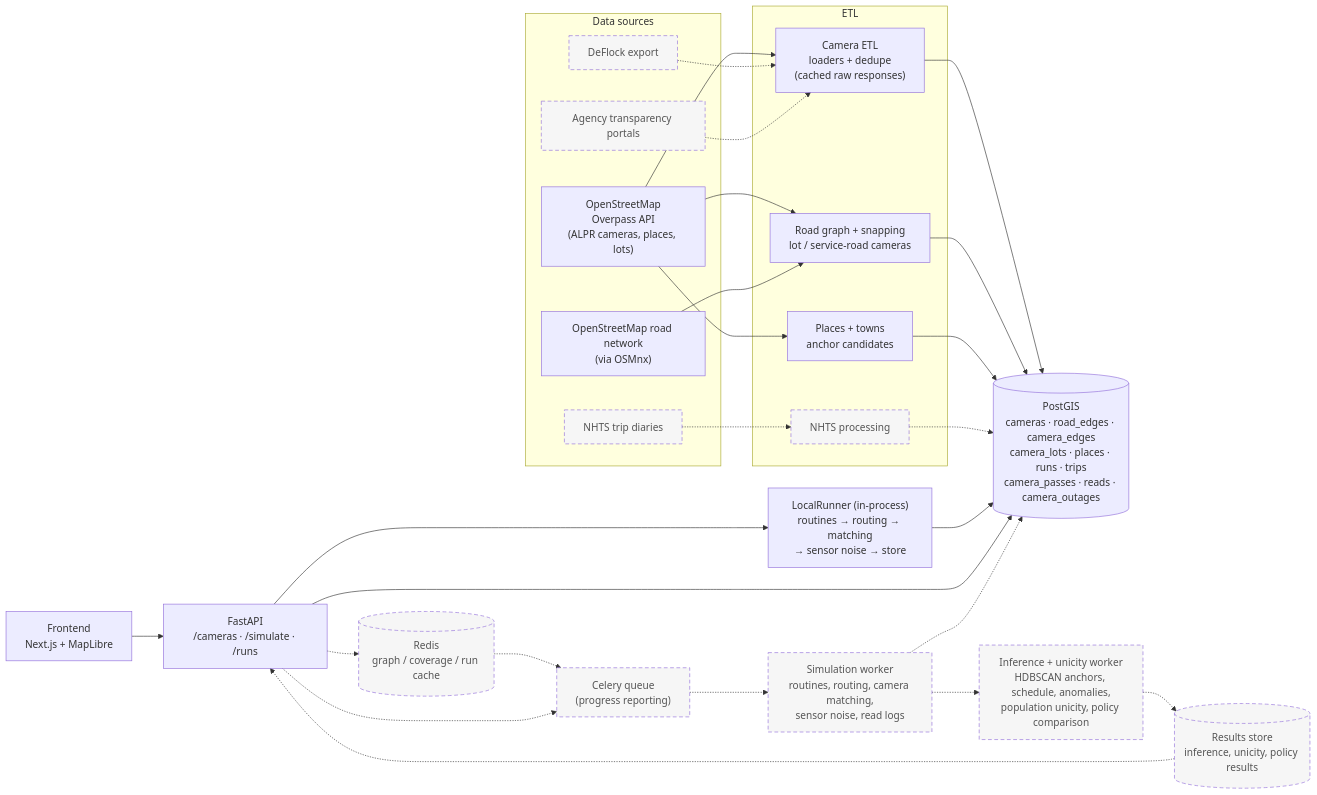
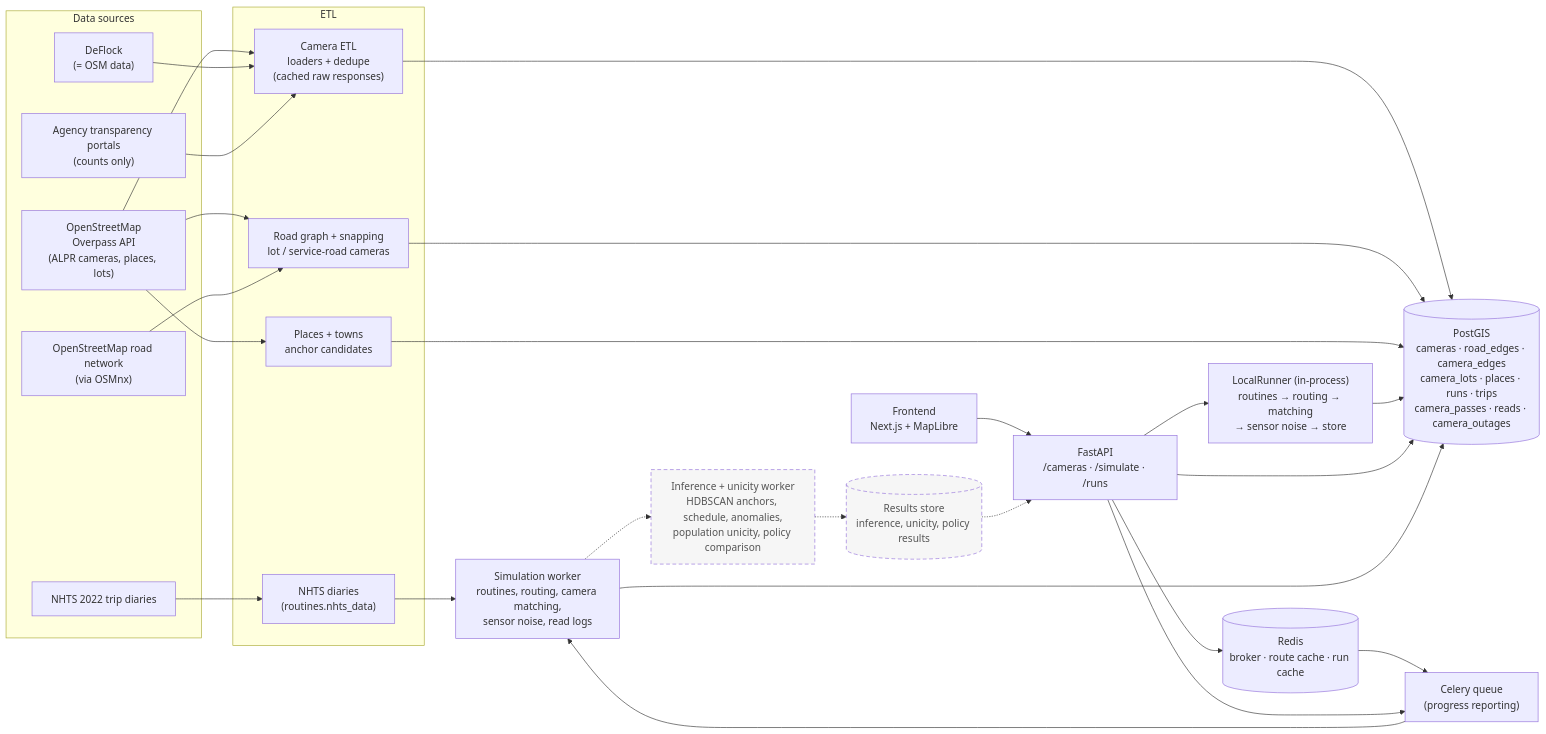
The diagram in docs/architecture.md (RyanPurakal/plate-trail), drawn with Mermaid before and after one commit. The commit also changed other lines of this file and 15 other files, not shown here.

First line of the commit message:
Step C: Celery queue with progress, Redis route and run cache

````diff
--- a/docs/architecture.md
+++ b/docs/architecture.md
@@ -9,59 +7,59 @@
 ```mermaid
 flowchart LR
     %% ---------- sources ----------
     subgraph sources["Data sources"]
         OSM["OpenStreetMap<br/>Overpass API<br/>(ALPR cameras, places, lots)"]
         OSMNX["OpenStreetMap road network<br/>(via OSMnx)"]
-        DEFLOCK["DeFlock export"]:::planned
-        AGENCY["Agency transparency portals"]:::planned
-        NHTS["NHTS trip diaries"]:::planned
+        DEFLOCK["DeFlock<br/>(= OSM data)"]
+        AGENCY["Agency transparency portals<br/>(counts only)"]
+        NHTS["NHTS 2022 trip diaries"]
     end
 
     %% ---------- ETL ----------
     subgraph etl["ETL"]
         CAMETL["Camera ETL<br/>loaders + dedupe<br/>(cached raw responses)"]
         ROADS["Road graph + snapping<br/>lot / service-road cameras"]
         PLACES["Places + towns<br/>anchor candidates"]
-        NHTSETL["NHTS processing"]:::planned
+        NHTSETL["NHTS diaries<br/>(routines.nhts_data)"]
     end
 
     DB[("PostGIS<br/>cameras · road_edges · camera_edges<br/>camera_lots · places · runs · trips<br/>camera_passes · reads · camera_outages")]
 
     %% ---------- app ----------
     FE["Frontend<br/>Next.js + MapLibre"]
     API["FastAPI<br/>/cameras · /simulate · /runs"]
     LOCAL["LocalRunner (in-process)<br/>routines → routing → matching<br/>→ sensor noise → store"]
-    REDIS[("Redis<br/>graph / coverage / run cache")]:::planned
-    QUEUE["Celery queue<br/>(progress reporting)"]:::planned
-    SIMW["Simulation worker<br/>routines, routing, camera matching,<br/>sensor noise, read logs"]:::planned
+    REDIS[("Redis<br/>broker · route cache · run cache")]
+    QUEUE["Celery queue<br/>(progress reporting)"]
+    SIMW["Simulation worker<br/>routines, routing, camera matching,<br/>sensor noise, read logs"]
     INFW["Inference + unicity worker<br/>HDBSCAN anchors, schedule, anomalies,<br/>population unicity, policy comparison"]:::planned
     RESULTS[("Results store<br/>inference, unicity, policy results")]:::planned
 
     OSM --> CAMETL
     OSM --> PLACES
     OSM --> ROADS
     OSMNX --> ROADS
-    DEFLOCK -.-> CAMETL
-    AGENCY -.-> CAMETL
-    NHTS -.-> NHTSETL
+    DEFLOCK --> CAMETL
+    AGENCY --> CAMETL
+    NHTS --> NHTSETL
     CAMETL --> DB
     ROADS --> DB
     PLACES --> DB
-    NHTSETL -.-> DB
+    NHTSETL --> SIMW
 
     FE --> API
     API --> LOCAL
     LOCAL --> DB
     API --> DB
 
-    API -.-> REDIS
-    REDIS -.-> QUEUE
-    API -.-> QUEUE
-    QUEUE -.-> SIMW
+    API --> REDIS
+    REDIS --> QUEUE
+    API --> QUEUE
+    QUEUE --> SIMW
     SIMW -.-> INFW
-    SIMW -.-> DB
+    SIMW --> DB
     INFW -.-> RESULTS
     RESULTS -.-> API
 
     classDef planned stroke-dasharray: 6 4,fill:#f6f6f6,color:#555;
 ```
````
